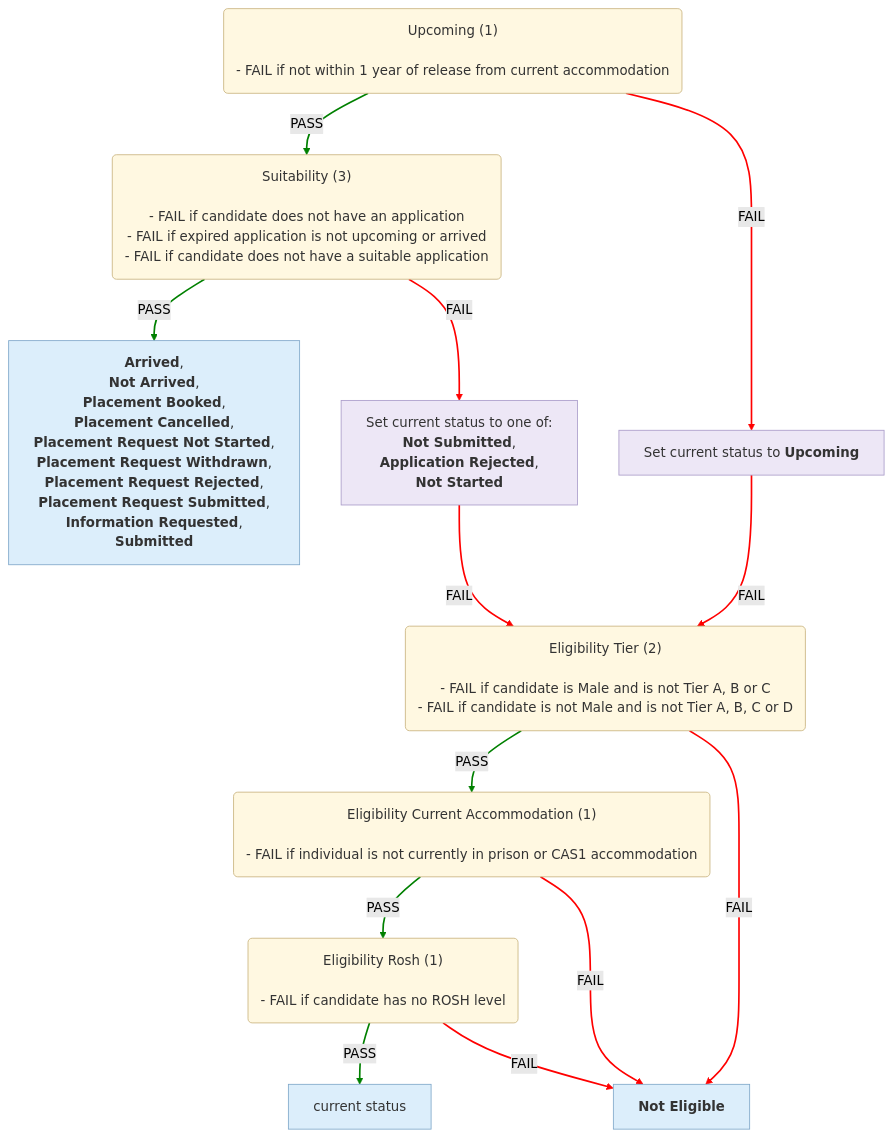
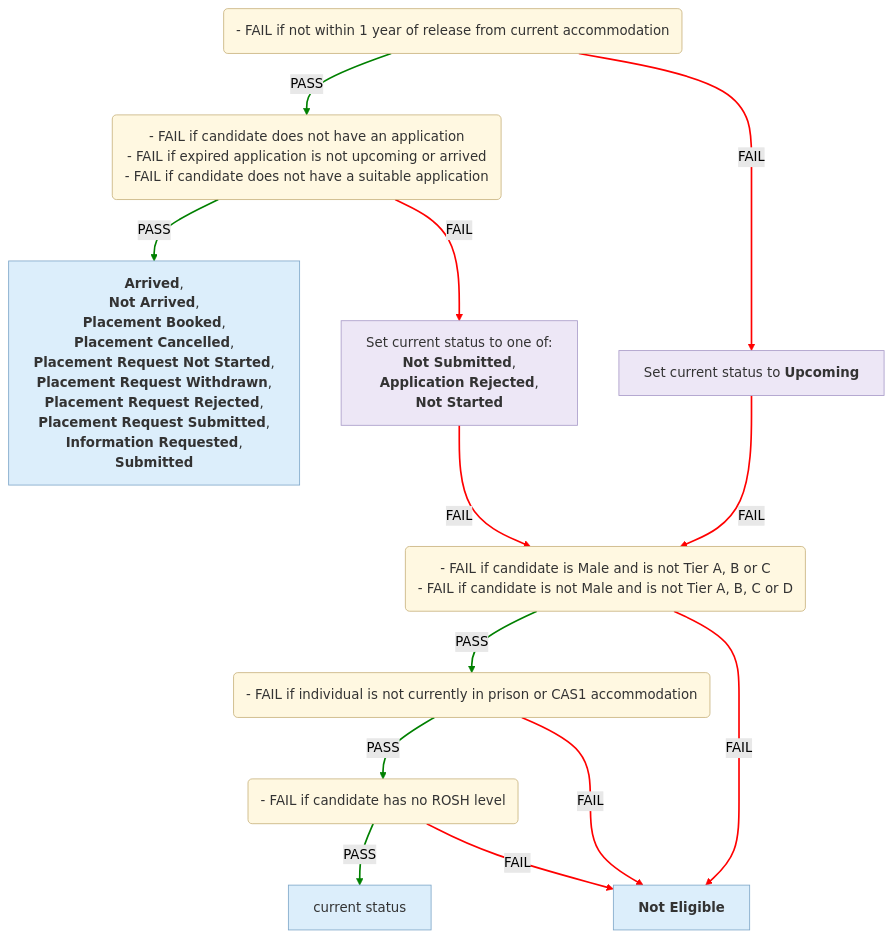
Before and after one commit to uk-gov-mirror/ministryofjustice.hmpps-single-accommodation-service-api: the first of 6 diagrams in docs/eligibility-rules-graph.md, drawn with Mermaid (forest theme). The commit also changed other lines of this file, not shown here.

Commit message:
chore/SAS-1532-Use-UI-statuses-in-graph-instead-of-enums

````diff
--- a/docs/eligibility-rules-graph.md
+++ b/docs/eligibility-rules-graph.md
@@ -9,59 +9,49 @@
 ```mermaid
 %%{init: {"flowchart": {"wrappingWidth": 800}}}%%
 flowchart TD
-  Upcoming("Upcoming (1)
-
-- FAIL if not within 1 year of release from current accommodation")
-  Suitability("Suitability (3)
-
-- FAIL if candidate does not have an application
+  Upcoming("- FAIL if not within 1 year of release from current accommodation")
+  Suitability("- FAIL if candidate does not have an application
 - FAIL if expired application is not upcoming or arrived
 - FAIL if candidate does not have a suitable application")
   updater_Arrived___Not_Arrived___Placement_Booked___Placement_Cancelled___Placement_Request_Not_Started___Placement_Request_Withdrawn___Placement_Request_Rejected___Placement_Request_Submitted___Information_Requested___Submitted["<b>Arrived</b>,
  <b>Not Arrived</b>,
  <b>Placement Booked</b>,
  <b>Placement Cancelled</b>,
  <b>Placement Request Not Started</b>,
  <b>Placement Request Withdrawn</b>,
  <b>Placement Request Rejected</b>,
  <b>Placement Request Submitted</b>,
  <b>Information Requested</b>,
  <b>Submitted</b>"]
   updater_Set_current_status_to_one_of__Not_Submitted___Application_Rejected___Not_Started["Set current status to one of:
 <b>Not Submitted</b>,
  <b>Application Rejected</b>,
  <b>Not Started</b>"]
-  Eligibility_Tier("Eligibility Tier (2)
-
-- FAIL if candidate is Male and is not Tier A, B or C
+  Eligibility_Tier("- FAIL if candidate is Male and is not Tier A, B or C
 - FAIL if candidate is not Male and is not Tier A, B, C or D")
-  Eligibility_Current_Accommodation("Eligibility Current Accommodation (1)
-
-- FAIL if individual is not currently in prison or CAS1 accommodation")
-  Eligibility_Rosh("Eligibility Rosh (1)
-
-- FAIL if candidate has no ROSH level")
+  Eligibility_Current_Accommodation("- FAIL if individual is not currently in prison or CAS1 accommodation")
+  Eligibility_Rosh("- FAIL if candidate has no ROSH level")
   current_status["current status"]
   Not_Eligible["<b>Not Eligible</b>"]
   updater_Set_current_status_to_Upcoming["Set current status to <b>Upcoming</b>"]
   Suitability -->|PASS| updater_Arrived___Not_Arrived___Placement_Booked___Placement_Cancelled___Placement_Request_Not_Started___Placement_Request_Withdrawn___Placement_Request_Rejected___Placement_Request_Submitted___Information_Requested___Submitted
   Suitability -->|FAIL| updater_Set_current_status_to_one_of__Not_Submitted___Application_Rejected___Not_Started
   Eligibility_Rosh -->|PASS| current_status
   Eligibility_Rosh -->|FAIL| Not_Eligible
   Eligibility_Current_Accommodation -->|PASS| Eligibility_Rosh
   Eligibility_Current_Accommodation -->|FAIL| Not_Eligible
   Eligibility_Tier -->|PASS| Eligibility_Current_Accommodation
   Eligibility_Tier -->|FAIL| Not_Eligible
   updater_Set_current_status_to_one_of__Not_Submitted___Application_Rejected___Not_Started -->|FAIL| Eligibility_Tier
   Upcoming -->|PASS| Suitability
   Upcoming -->|FAIL| updater_Set_current_status_to_Upcoming
   updater_Set_current_status_to_Upcoming -->|FAIL| Eligibility_Tier
   linkStyle 0,2,4,6,9 stroke:green,stroke-width:2px
   linkStyle 1,3,5,7,8,10,11 stroke:red,stroke-width:2px
   classDef ruleSetNode fill:#FFF8E1,stroke:#C9B37E,color:#333
   classDef outcomeNode fill:#DCEEFB,stroke:#7FA7C9,color:#333
   classDef updaterNode fill:#EDE7F6,stroke:#A99BC9,color:#333
   class Upcoming,Suitability,Eligibility_Tier,Eligibility_Current_Accommodation,Eligibility_Rosh ruleSetNode
   class updater_Arrived___Not_Arrived___Placement_Booked___Placement_Cancelled___Placement_Request_Not_Started___Placement_Request_Withdrawn___Placement_Request_Rejected___Placement_Request_Submitted___Information_Requested___Submitted,current_status,Not_Eligible outcomeNode
   class updater_Set_current_status_to_one_of__Not_Submitted___Application_Rejected___Not_Started,updater_Set_current_status_to_Upcoming updaterNode
 ```
````
